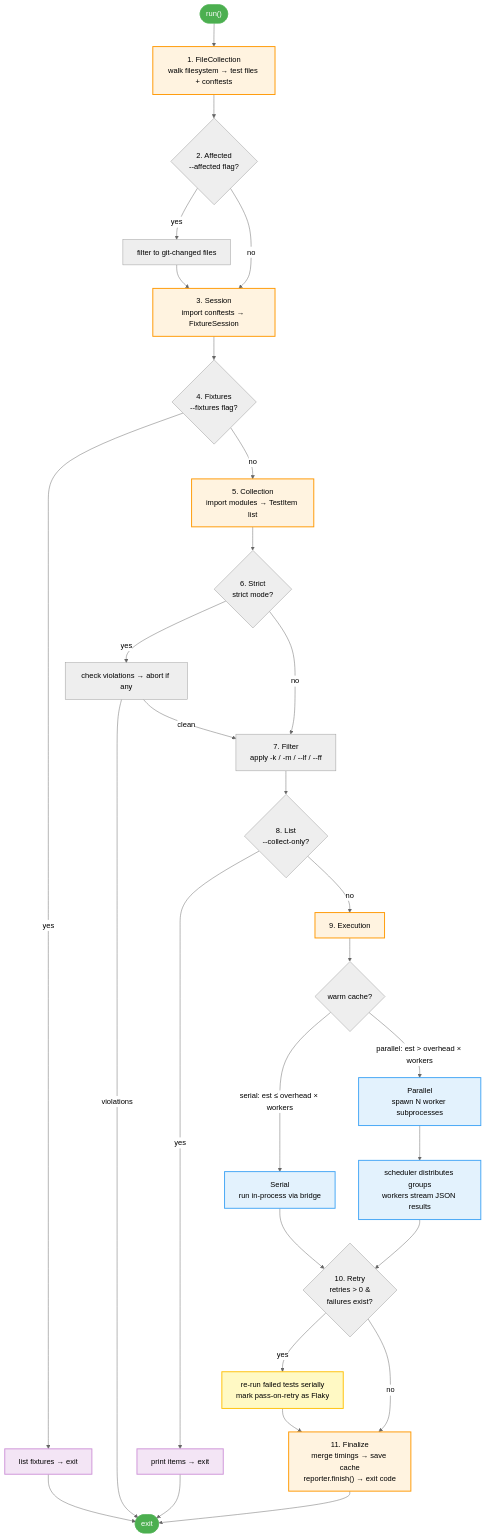
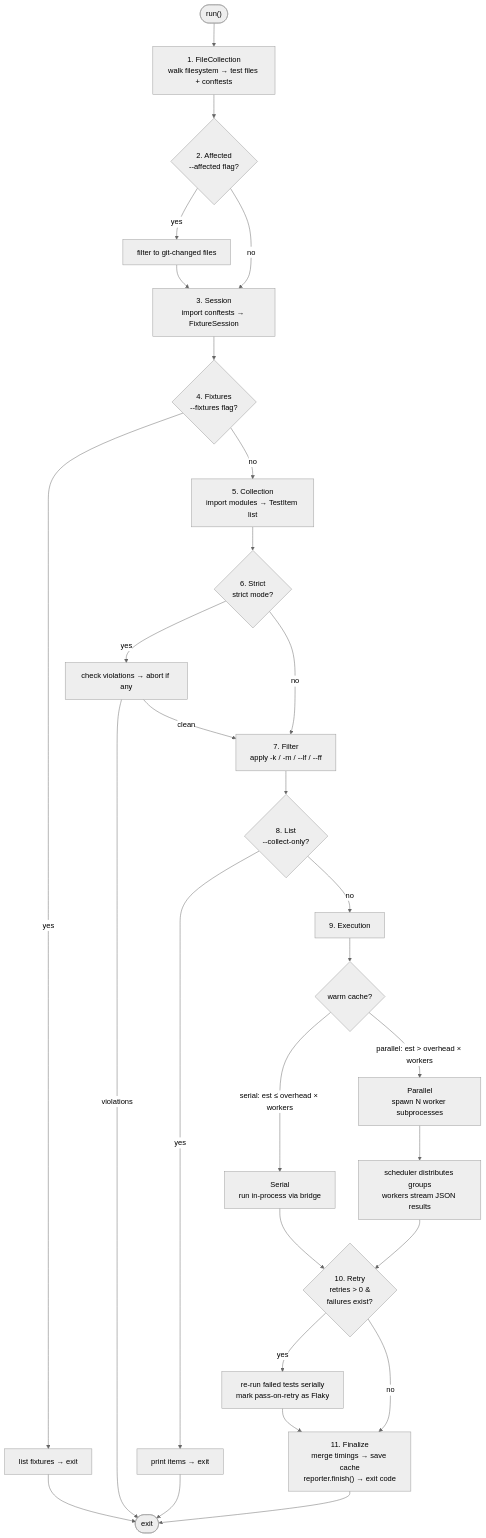
The second of 2 diagrams in docs/src/contributing/architecture.md (kalonji-tools/oxitest), drawn with Mermaid (neutral theme) before and after one commit. The commit also changed other lines of this file and 3 other files, not shown here.

First line of the commit message:
revert: remove all custom Mermaid styling

````diff
--- a/docs/src/contributing/architecture.md
+++ b/docs/src/contributing/architecture.md
@@ -103,71 +99,57 @@
 ```mermaid
 flowchart TD
     START(["run()"])
 
     FC["1. FileCollection<br/>walk filesystem → test files + conftests"]
     AF{"2. Affected<br/>--affected flag?"}
     AF_Y["filter to git-changed files"]
     SE["3. Session<br/>import conftests → FixtureSession"]
     FX{"4. Fixtures<br/>--fixtures flag?"}
     FX_Y["list fixtures → exit"]
     CO["5. Collection<br/>import modules → TestItem list"]
     ST{"6. Strict<br/>strict mode?"}
     ST_Y["check violations → abort if any"]
     FI["7. Filter<br/>apply -k / -m / --lf / --ff"]
     LI{"8. List<br/>--collect-only?"}
     LI_Y["print items → exit"]
 
     EX["9. Execution"]
     DECIDE{"warm cache?"}
     SERIAL["Serial<br/>run in-process via bridge"]
     PAR["Parallel<br/>spawn N worker subprocesses"]
     PAR_DETAIL["scheduler distributes groups<br/>workers stream JSON results"]
 
     RT{"10. Retry<br/>retries > 0 &<br/>failures exist?"}
     RT_Y["re-run failed tests serially<br/>mark pass-on-retry as Flaky"]
 
     FIN["11. Finalize<br/>merge timings → save cache<br/>reporter.finish() → exit code"]
 
     DONE(["exit"])
 
     START --> FC
     FC --> AF
     AF -->|yes| AF_Y --> SE
     AF -->|no| SE
     SE --> FX
     FX -->|yes| FX_Y --> DONE
     FX -->|no| CO
     CO --> ST
     ST -->|yes| ST_Y
     ST_Y -->|violations| DONE
     ST_Y -->|clean| FI
     ST -->|no| FI
     FI --> LI
     LI -->|yes| LI_Y --> DONE
     LI -->|no| EX
 
     EX --> DECIDE
     DECIDE -->|"serial: est ≤ overhead × workers"| SERIAL
     DECIDE -->|"parallel: est > overhead × workers"| PAR
     PAR --> PAR_DETAIL
     SERIAL --> RT
     PAR_DETAIL --> RT
 
     RT -->|yes| RT_Y --> FIN
     RT -->|no| FIN
     FIN --> DONE
-
-    style START fill:#4CAF50,color:#fff,stroke:#4CAF50
-    style DONE fill:#4CAF50,color:#fff,stroke:#4CAF50
-    style FC fill:#fff3e0,stroke:#ff9800,stroke-width:2px
-    style SE fill:#fff3e0,stroke:#ff9800,stroke-width:2px
-    style CO fill:#fff3e0,stroke:#ff9800,stroke-width:2px
-    style EX fill:#fff3e0,stroke:#ff9800,stroke-width:2px
-    style FIN fill:#fff3e0,stroke:#ff9800,stroke-width:2px
-    style SERIAL fill:#e3f2fd,stroke:#42a5f5,stroke-width:2px
-    style PAR fill:#e3f2fd,stroke:#42a5f5,stroke-width:2px
-    style PAR_DETAIL fill:#e3f2fd,stroke:#42a5f5,stroke-width:2px
-    style RT_Y fill:#fff9c4,stroke:#ffc107,stroke-width:2px
-    style FX_Y fill:#f3e5f5,stroke:#ce93d8,stroke-width:2px
-    style LI_Y fill:#f3e5f5,stroke:#ce93d8,stroke-width:2px
 ```
````
